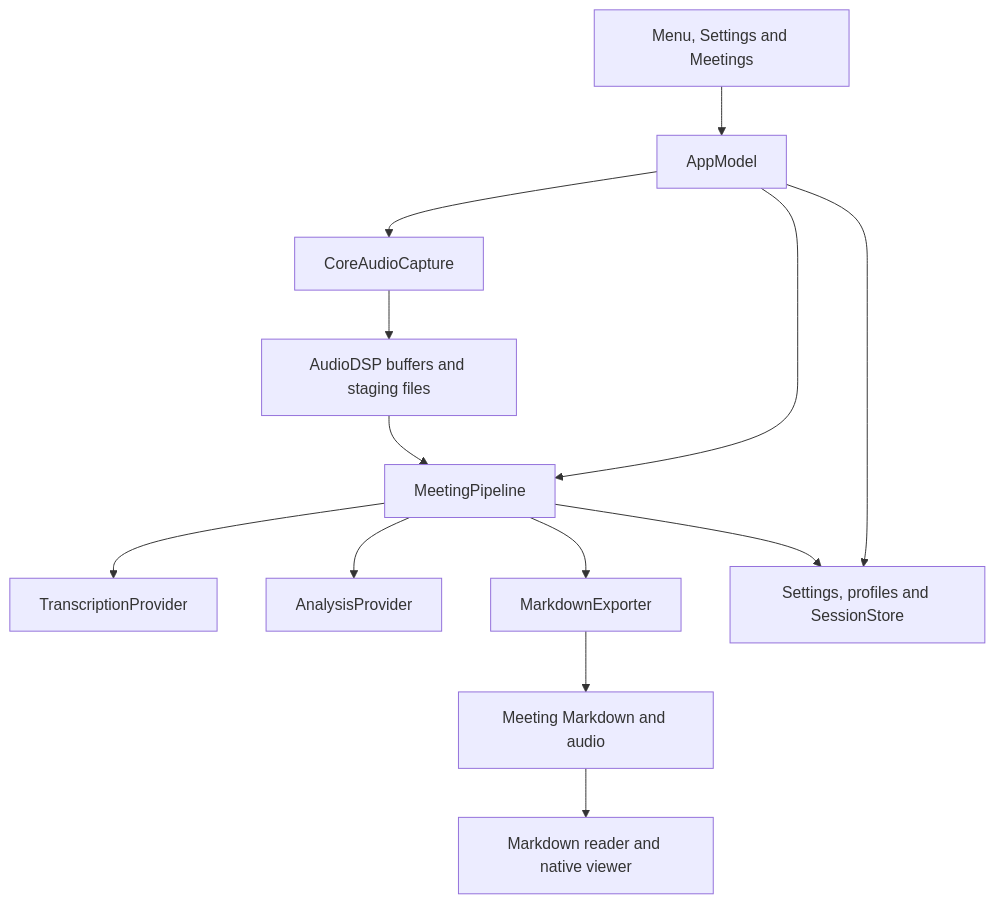
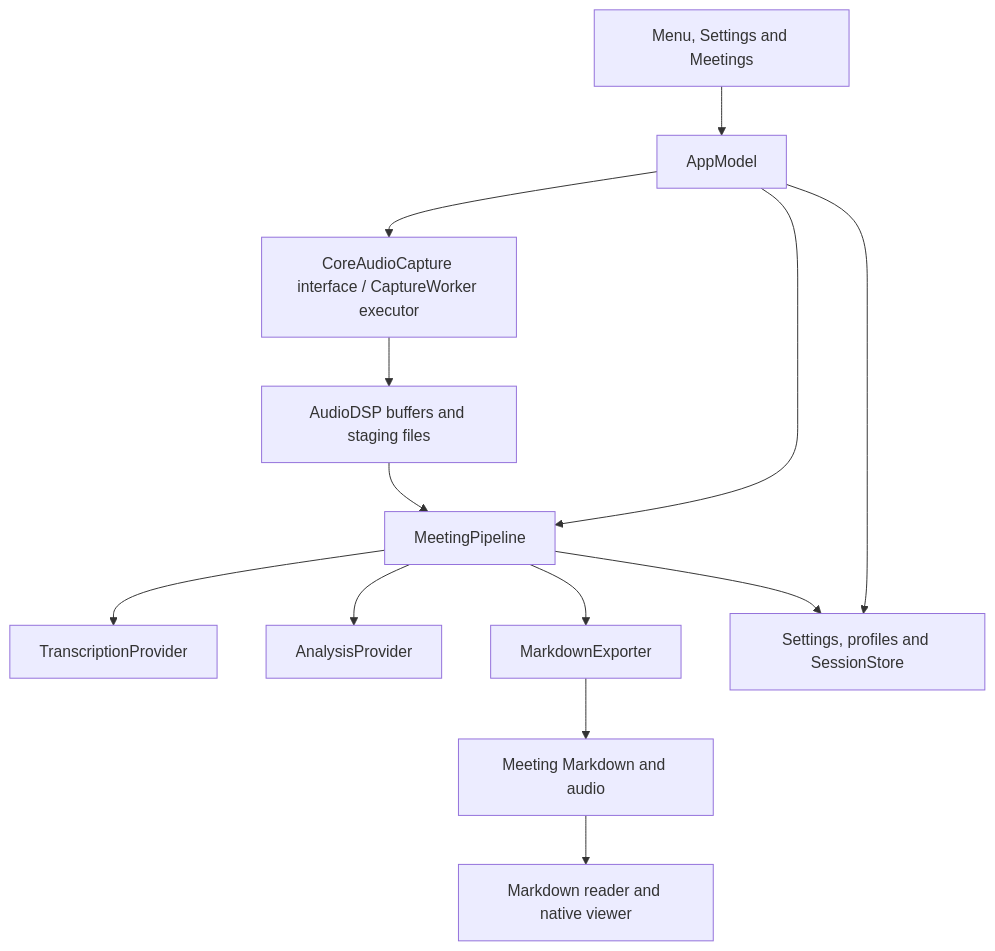
One commit to syepes/MeetingNoteTaker changed the diagram in Docs/Architecture.md. Above: the diagram before and after it, drawn with Mermaid. The commit also changed other lines of this file and 14 other files, not shown here.

````diff
--- a/Docs/Architecture.md
+++ b/Docs/Architecture.md
@@ -11,15 +11,15 @@
 ```mermaid
 flowchart TD
     UI[Menu, Settings and Meetings] --> App[AppModel]
-    App --> Capture[CoreAudioCapture]
+    App --> Capture[CoreAudioCapture interface / CaptureWorker executor]
     Capture --> DSP[AudioDSP buffers and staging files]
     App --> Pipeline[MeetingPipeline]
     DSP --> Pipeline
     Pipeline --> Speech[TranscriptionProvider]
     Pipeline --> Analysis[AnalysisProvider]
     Pipeline --> Export[MarkdownExporter]
     App --> Store[Settings, profiles and SessionStore]
     Pipeline --> Store
     Export --> Files[Meeting Markdown and audio]
     Files --> Viewer[Markdown reader and native viewer]
 ```
````
